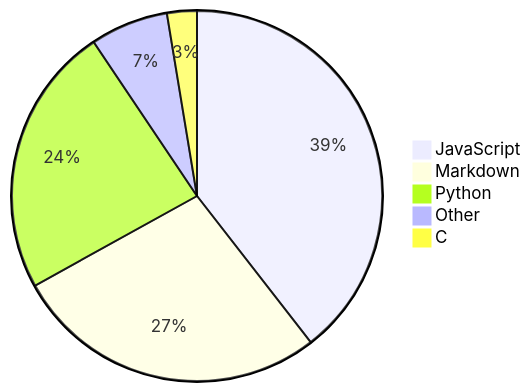
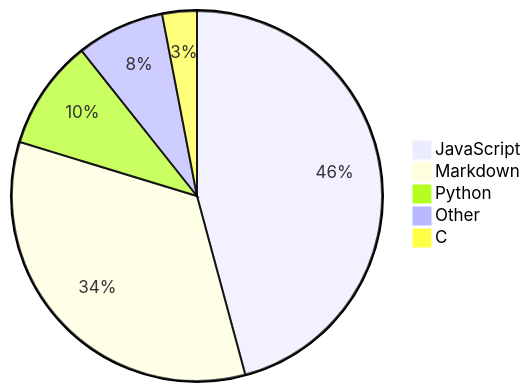
One commit to Alicia111/alicia111 changed the diagram in README.md. Above: the diagram before and after it, drawn with Mermaid.

Commit message:
Update WakaTime stats (・ω・)b

````diff
--- a/README.md
+++ b/README.md
@@ -32,8 +32,8 @@
 ```mermaid
 pie
-    "JavaScript" : 37.6
-    "Markdown" : 26.17
-    "Python" : 22.51
-    "Other" : 6.48
-    "C" : 2.48
+    "JavaScript" : 43.99
+    "Markdown" : 32.57
+    "Python" : 9.23
+    "Other" : 7.36
+    "C" : 2.9
 ```
````
